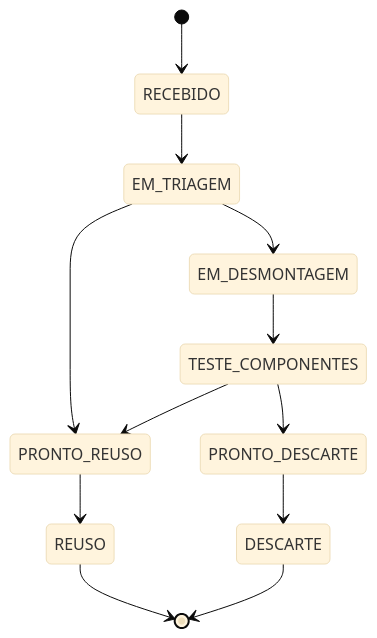
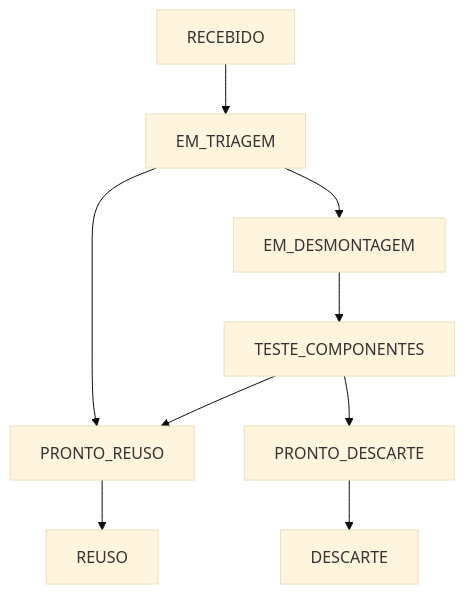
The second of 2 diagrams in docs/UML.md (ninaduquehc/AV2), drawn with Mermaid (base theme) before and after one commit. The commit also changed other lines of this file and 7 other files, not shown here.

Commit message:
docs: atualiza UML.md e SEGURANCA.md com FSM, OCC e politicas de rate limit

````diff
--- a/docs/UML.md
+++ b/docs/UML.md
@@ -67,19 +63,11 @@
 ```mermaid
-stateDiagram-v2
-    [*] --> RECEBIDO
-    RECEBIDO --> EM_TRIAGEM
-
-    EM_TRIAGEM --> EM_DESMONTAGEM
-    EM_TRIAGEM --> PRONTO_REUSO
-
-    EM_DESMONTAGEM --> TESTE_COMPONENTES
-
-    TESTE_COMPONENTES --> PRONTO_REUSO
-    TESTE_COMPONENTES --> PRONTO_DESCARTE
-
-    PRONTO_REUSO --> REUSO
-    PRONTO_DESCARTE --> DESCARTE
-
-    REUSO --> [*]
-    DESCARTE --> [*]
+flowchart TD
+    A[RECEBIDO] --> B[EM_TRIAGEM]
+    B --> C[EM_DESMONTAGEM]
+    B --> D[PRONTO_REUSO]
+    C --> E[TESTE_COMPONENTES]
+    E --> D
+    E --> F[PRONTO_DESCARTE]
+    D --> G[REUSO]
+    F --> H[DESCARTE]
 ```
````
